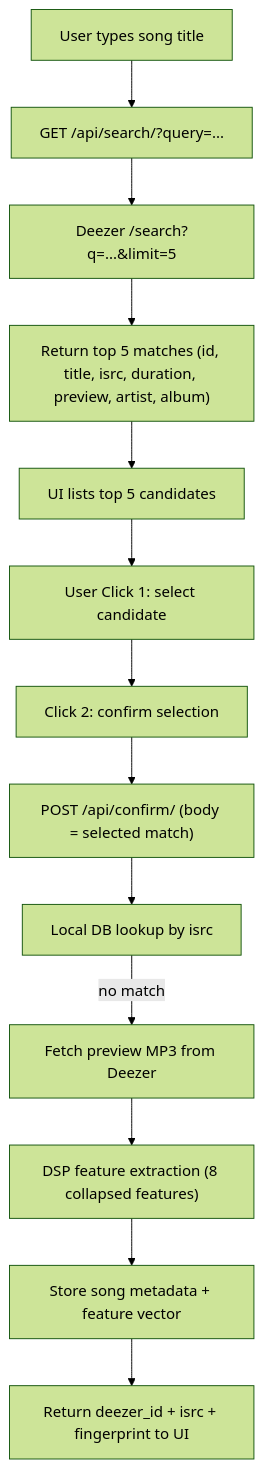
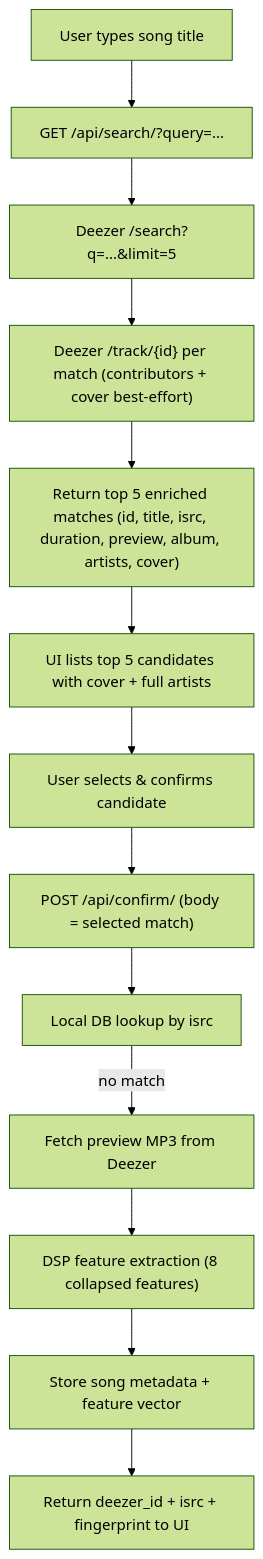
Before and after one commit to AhmedAl-Hayali/AgenticGenreGuru: the first of 2 diagrams in docs/001-song-fingerprint-engine/api_flow.md, drawn with Mermaid (forest theme). The commit also changed other lines of this file and 4 other files, not shown here.

Commit message:
docs(api): capture track cover image & full contributors list in internal search & external deezer API outlines

````diff
--- a/docs/001-song-fingerprint-engine/api_flow.md
+++ b/docs/001-song-fingerprint-engine/api_flow.md
@@ -27,15 +27,15 @@
 ```mermaid
 flowchart TD
     U["User types song title"] --> A["GET /api/search/?query=..."]
     A --> D["Deezer /search?q=...&limit=5"]
-    D --> A2["Return top 5 matches (id, title, isrc, duration, preview, artist, album)"]
-    A2 --> UI["UI lists top 5 candidates"]
-    UI --> C["User Click 1: select candidate"]
-    C --> C2["Click 2: confirm selection"]
-    C2 --> POST["POST /api/confirm/ (body = selected match)"]
+    D --> DT["Deezer /track/{id} per match (contributors + cover best-effort)"]
+    DT --> A2["Return top 5 enriched matches (id, title, isrc, duration, preview, album, artists, cover)"]
+    A2 --> UI["UI lists top 5 candidates with cover + full artists"]
+    UI --> C["User selects & confirms candidate"]
+    C --> POST["POST /api/confirm/ (body = selected match)"]
     POST --> LOC["Local DB lookup by isrc"]
     LOC -->|"no match"| FETCH["Fetch preview MP3 from Deezer"]
     FETCH --> DSP["DSP feature extraction (8 collapsed features)"]
     DSP --> DB["Store song metadata + feature vector"]
     DB --> RETURN["Return deezer_id + isrc + fingerprint to UI"]
 ```
````
